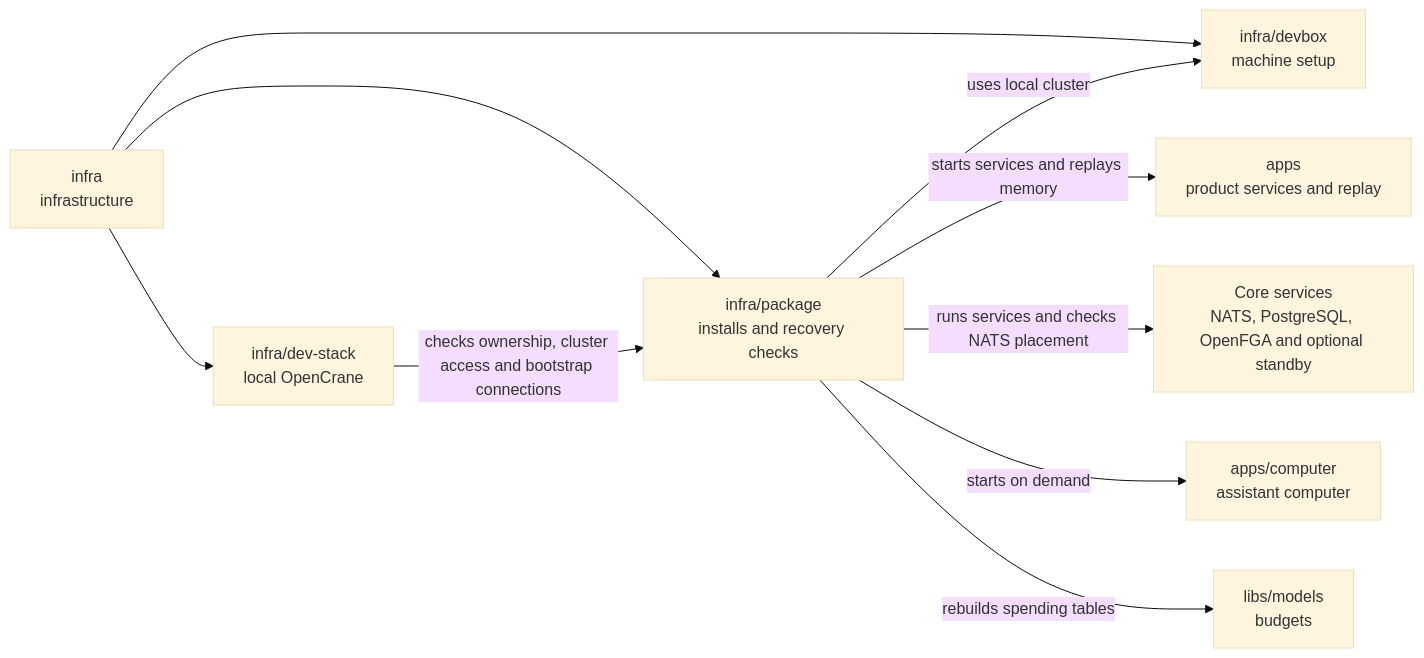
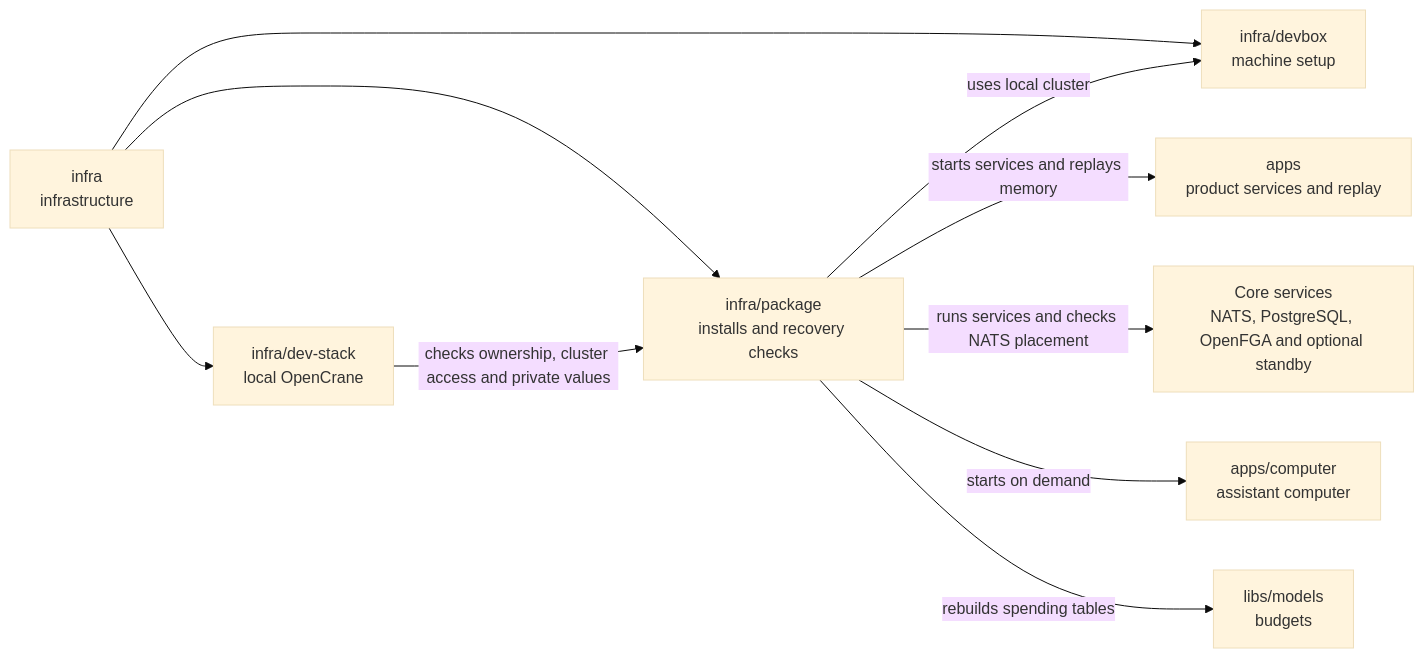
The diagram in infra/package/README.md (elewa-git/opencrane-new), drawn with Mermaid (base theme) before and after one commit. The commit also changed other lines of this file and 18 other files, not shown here.

First line of the commit message:
🔒 One replica choice is carried through packaged bootstrap and checked before Helm, with no private paths in commands (#725)

````diff
--- a/infra/package/README.md
+++ b/infra/package/README.md
@@ -19,12 +19,12 @@
 ```mermaid
 flowchart LR
   infra["infra<br/>infrastructure"] --> package["infra/package<br/>installs and recovery checks"]
   infra --> stack["infra/dev-stack<br/>local OpenCrane"]
   infra --> devbox["infra/devbox<br/>machine setup"]
-  stack -->|checks ownership, cluster access and bootstrap connections| package
+  stack -->|checks ownership, cluster access and private values| package
   package -->|uses local cluster| devbox
   package -->|starts services and replays memory| apps["apps<br/>product services and replay"]
   package -->|runs services and checks NATS placement| services["Core services<br/>NATS, PostgreSQL, OpenFGA and optional standby"]
   package -->|starts on demand| computer["apps/computer<br/>assistant computer"]
   package -->|rebuilds spending tables| models["libs/models<br/>budgets"]
 ```
````
